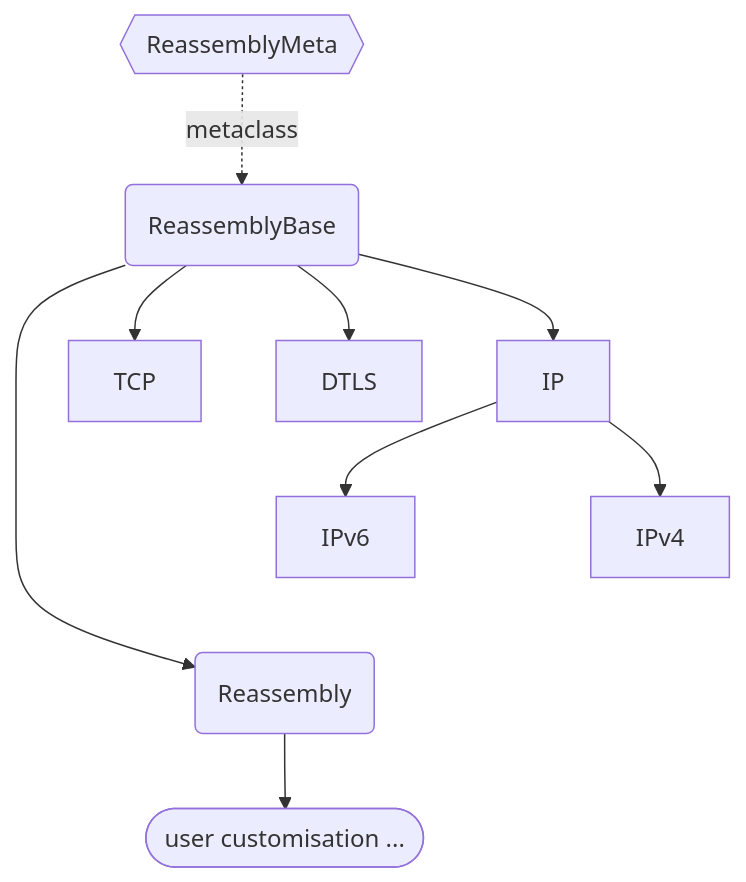
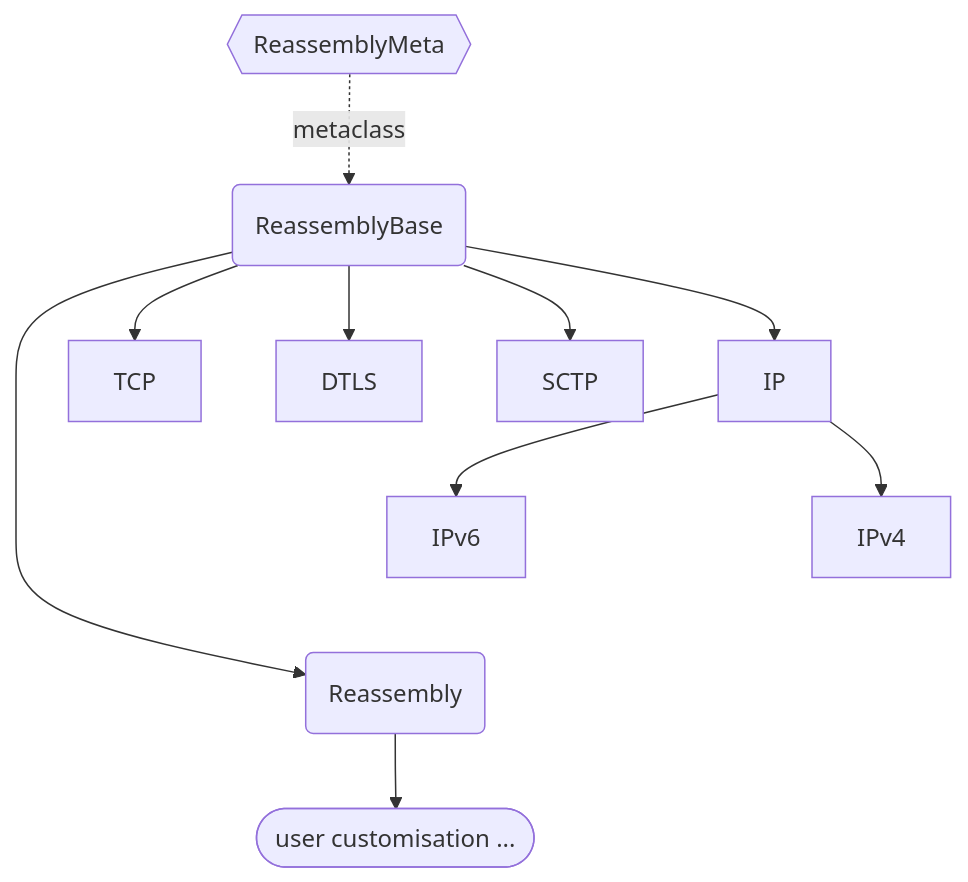
Before and after one commit to JarryShaw/PyPCAPKit: the first of 2 diagrams in docs/source/pcapkit/foundation/reassembly/index.rst, drawn with Mermaid. The commit also changed other lines of this file and 38 other files, not shown here.

First line of the commit message:
feat(foundation): reassemble SCTP user messages (#2935)

```diff
--- a/docs/source/pcapkit/foundation/reassembly/index.rst
+++ b/docs/source/pcapkit/foundation/reassembly/index.rst
@@ -27,22 +29,23 @@
 .. mermaid::
 
    flowchart TD
        A{{ReassemblyMeta}} -.->|metaclass| B(ReassemblyBase)
 
-       B --> IP & TCP & DTLS
+       B --> IP & TCP & DTLS & SCTP
        IP --> IPv4 & IPv6
 
        B --> C(Reassembly)
        C --> D([user customisation ...])
        IPv4 ~~~ C
 
        click A "reassembly.html#pcapkit.foundation.reassembly.reassembly.ReassemblyMeta"
        click B "reassembly.html#pcapkit.foundation.reassembly.reassembly.ReassemblyBase"
        click C "reassembly.html#pcapkit.foundation.reassembly.reassembly.Reassembly"
        click D "../../../ext.html#reassembly-and-flow-tracing"
 
        click IP "ip/ip.html#pcapkit.foundation.reassembly.ip.reassembly.IP"
        click IPv4 "ip/ipv4.html#pcapkit.foundation.reassembly.ipv4.reassembly.IPv4"
        click IPv6 "ip/ipv6.html#pcapkit.foundation.reassembly.ipv6.reassembly.IPv6"
        click TCP "tcp.html#pcapkit.foundation.reassembly.tcp.reassembly.TCP"
        click DTLS "dtls.html#pcapkit.foundation.reassembly.dtls.reassembly.DTLS"
+       click SCTP "sctp.html#pcapkit.foundation.reassembly.sctp.reassembly.SCTP"
```
